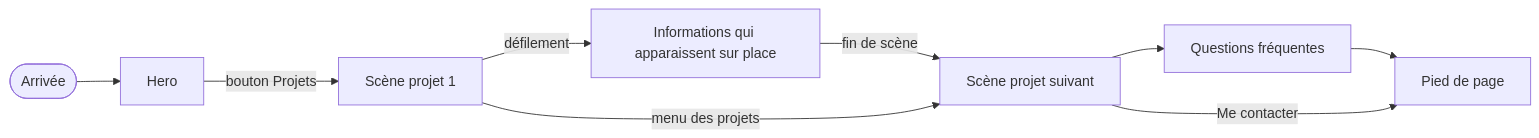
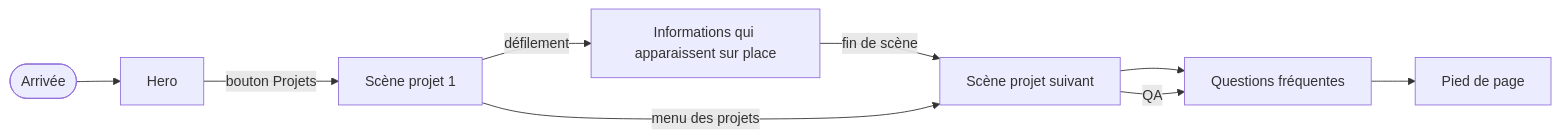
One commit to Korrighed/portfolio changed the second of 6 diagrams in docs/APP-FLOW.md. Above: the diagram before and after it, drawn with Mermaid. The commit also changed 6 other files, not shown here.

````diff
--- a/docs/APP-FLOW.md
+++ b/docs/APP-FLOW.md
@@ -38,11 +38,11 @@
 ```mermaid
 flowchart LR
   A([Arrivée]) --> B["Hero"]
   B -->|bouton Projets| C["Scène projet 1"]
   C -->|défilement| D["Informations qui apparaissent sur place"]
   D -->|fin de scène| E["Scène projet suivant"]
   E --> F["Questions fréquentes"]
   F --> H["Pied de page"]
   C -->|menu des projets| E
-  E -->|Me contacter| H
+  E -->|QA| F
 ```
````
